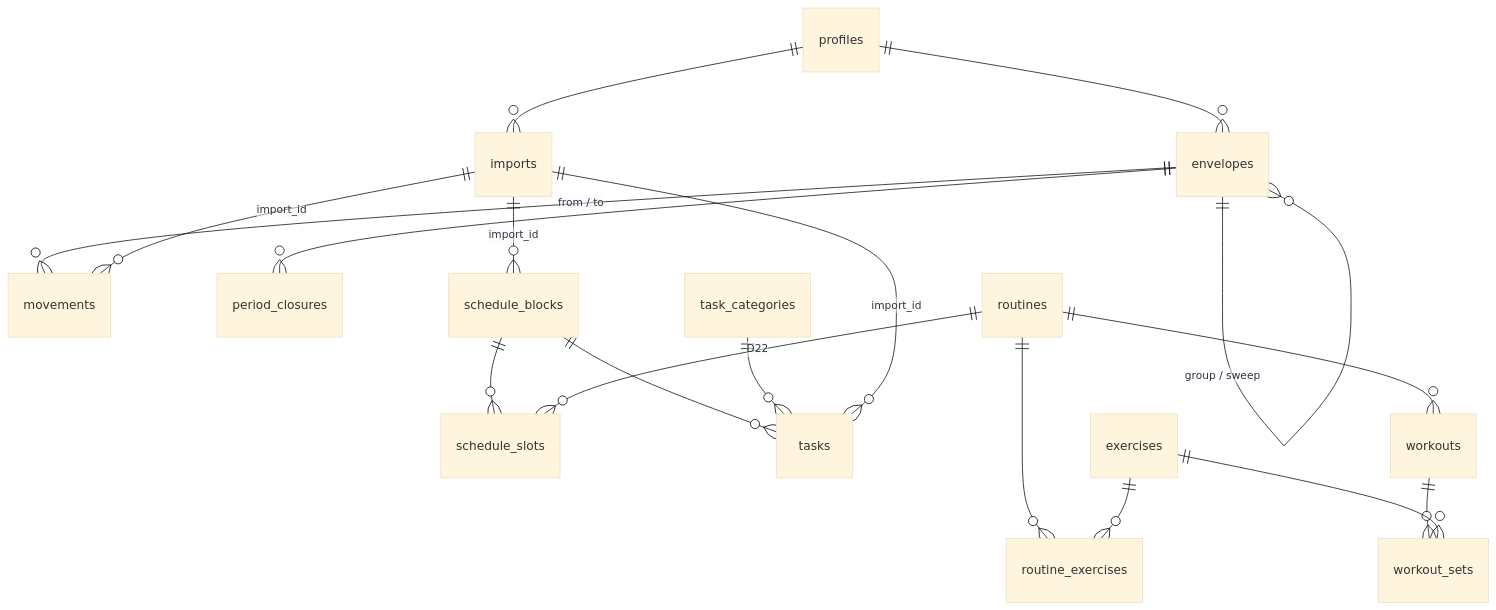
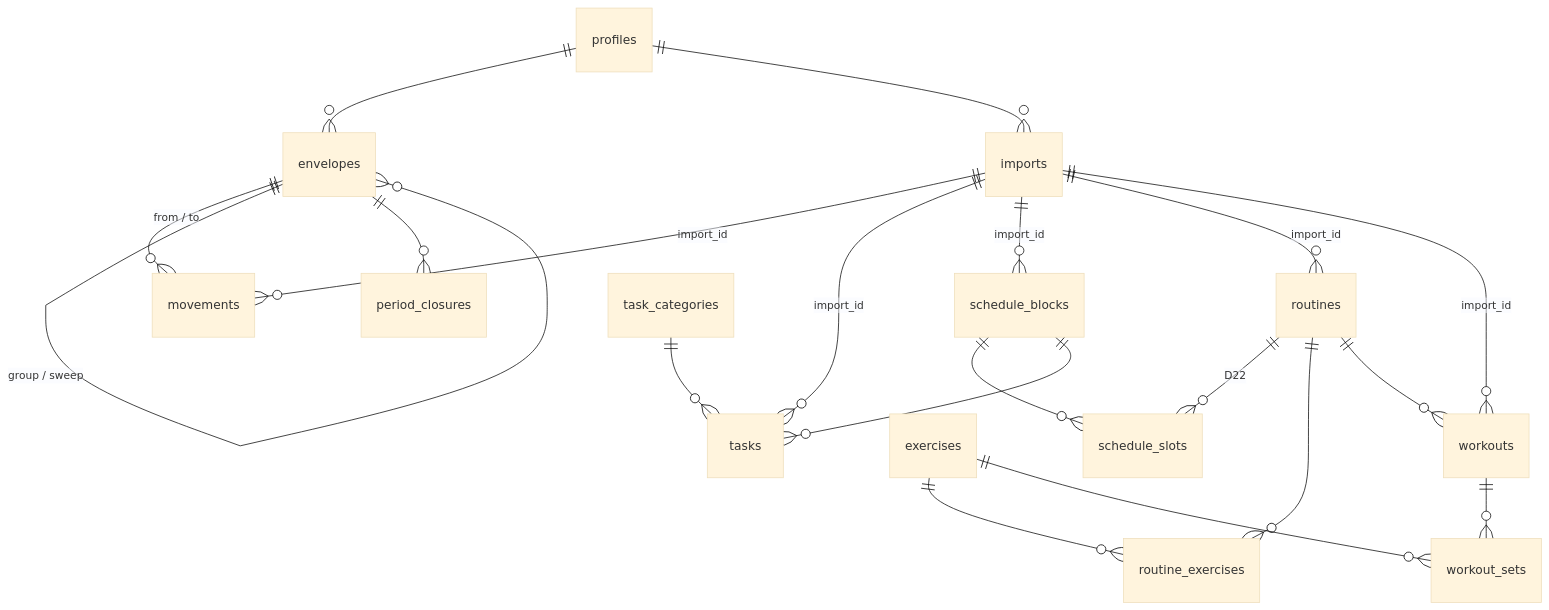
One commit to MartinMDevv/lock-in changed the diagram in docs/MODELO_DATOS.md. Above: the diagram before and after it, drawn with Mermaid (base theme). The commit also changed other lines of this file and 2 other files, not shown here.

Commit message:
docs(db): las 6 migraciones aplicadas, tipos del gimnasio y revisión de Advisors
- Tipos regenerados con las 15 tablas.
- Modelo de datos: migración 6 aplicada; el diagrama suma imports →
  routines y workouts.
- Hoja de ruta: resultado de los Advisors y lo que falta para cerrar F1.

````diff
--- a/docs/MODELO_DATOS.md
+++ b/docs/MODELO_DATOS.md
@@ -14,20 +14,22 @@
 ```mermaid
 erDiagram
     profiles ||--o{ envelopes : ""
     profiles ||--o{ imports : ""
     envelopes ||--o{ movements : "from / to"
     envelopes ||--o{ envelopes : "group / sweep"
     envelopes ||--o{ period_closures : ""
     schedule_blocks ||--o{ schedule_slots : ""
     routines ||--o{ schedule_slots : "D22"
     schedule_blocks ||--o{ tasks : ""
     task_categories ||--o{ tasks : ""
     routines ||--o{ routine_exercises : ""
     exercises ||--o{ routine_exercises : ""
     routines ||--o{ workouts : ""
     workouts ||--o{ workout_sets : ""
     exercises ||--o{ workout_sets : ""
     imports ||--o{ movements : "import_id"
     imports ||--o{ tasks : "import_id"
     imports ||--o{ schedule_blocks : "import_id"
+    imports ||--o{ routines : "import_id"
+    imports ||--o{ workouts : "import_id"
 ```
````
